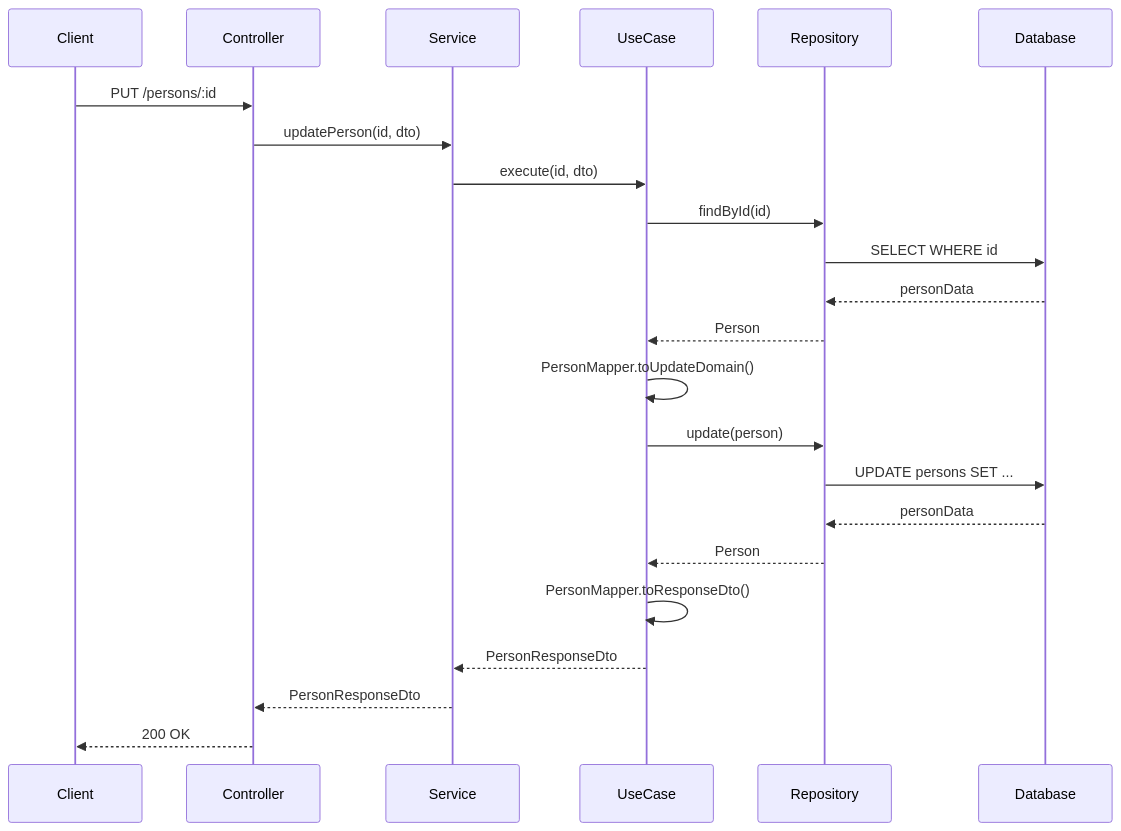
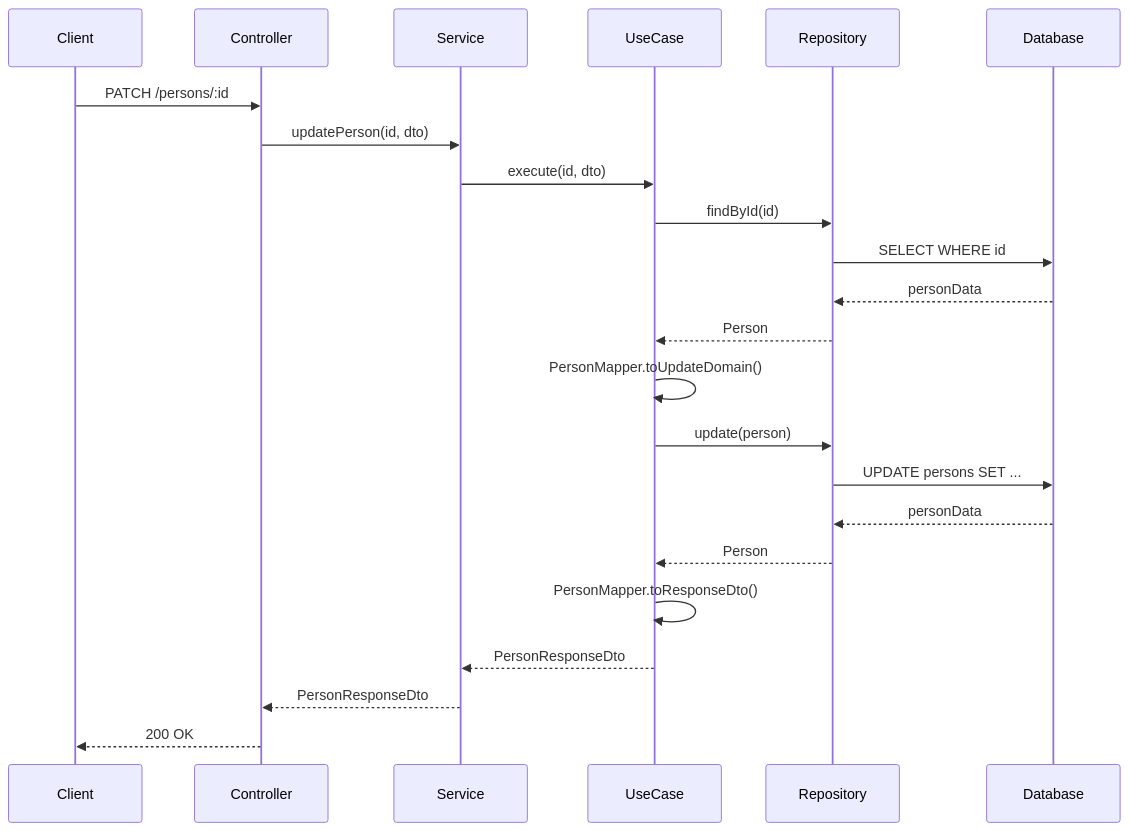
One commit to rogerinfas/backend-inventory changed the second of 5 diagrams in docs/person-implementation-guide.md. Above: the diagram before and after it, drawn with Mermaid. The commit also changed other lines of this file and 2 other files, not shown here.

Commit message:
feat: enhance documentation and implement PATCH method for Store module, including partial update capabilities for both Person and Store modules

````diff
--- a/docs/person-implementation-guide.md
+++ b/docs/person-implementation-guide.md
@@ -878,26 +879,26 @@
 ```mermaid
 sequenceDiagram
     participant Client
     participant Controller
     participant Service
     participant UseCase
     participant Repository
     participant Database
 
-    Client->>Controller: PUT /persons/:id
+    Client->>Controller: PATCH /persons/:id
     Controller->>Service: updatePerson(id, dto)
     Service->>UseCase: execute(id, dto)
     UseCase->>Repository: findById(id)
     Repository->>Database: SELECT WHERE id
     Database-->>Repository: personData
     Repository-->>UseCase: Person
     UseCase->>UseCase: PersonMapper.toUpdateDomain()
     UseCase->>Repository: update(person)
     Repository->>Database: UPDATE persons SET ...
     Database-->>Repository: personData
     Repository-->>UseCase: Person
     UseCase->>UseCase: PersonMapper.toResponseDto()
     UseCase-->>Service: PersonResponseDto
     Service-->>Controller: PersonResponseDto
     Controller-->>Client: 200 OK
 ```
````
